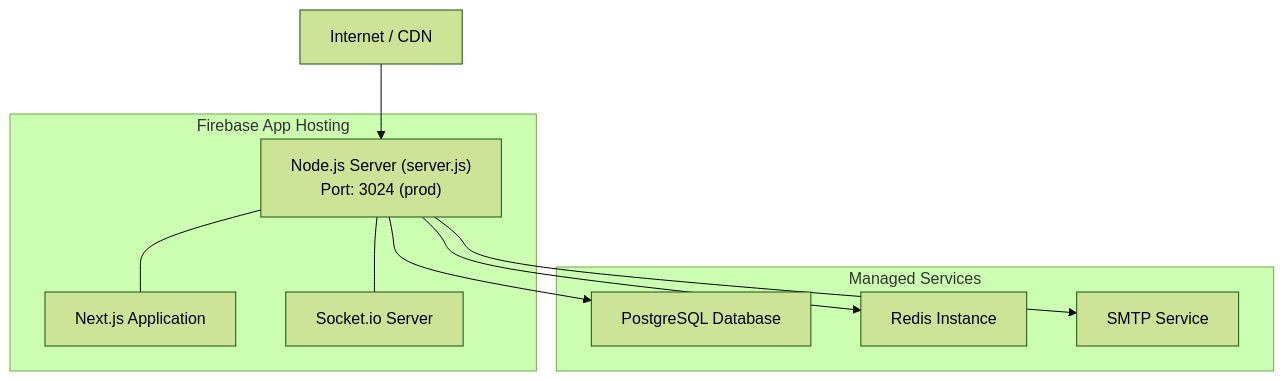
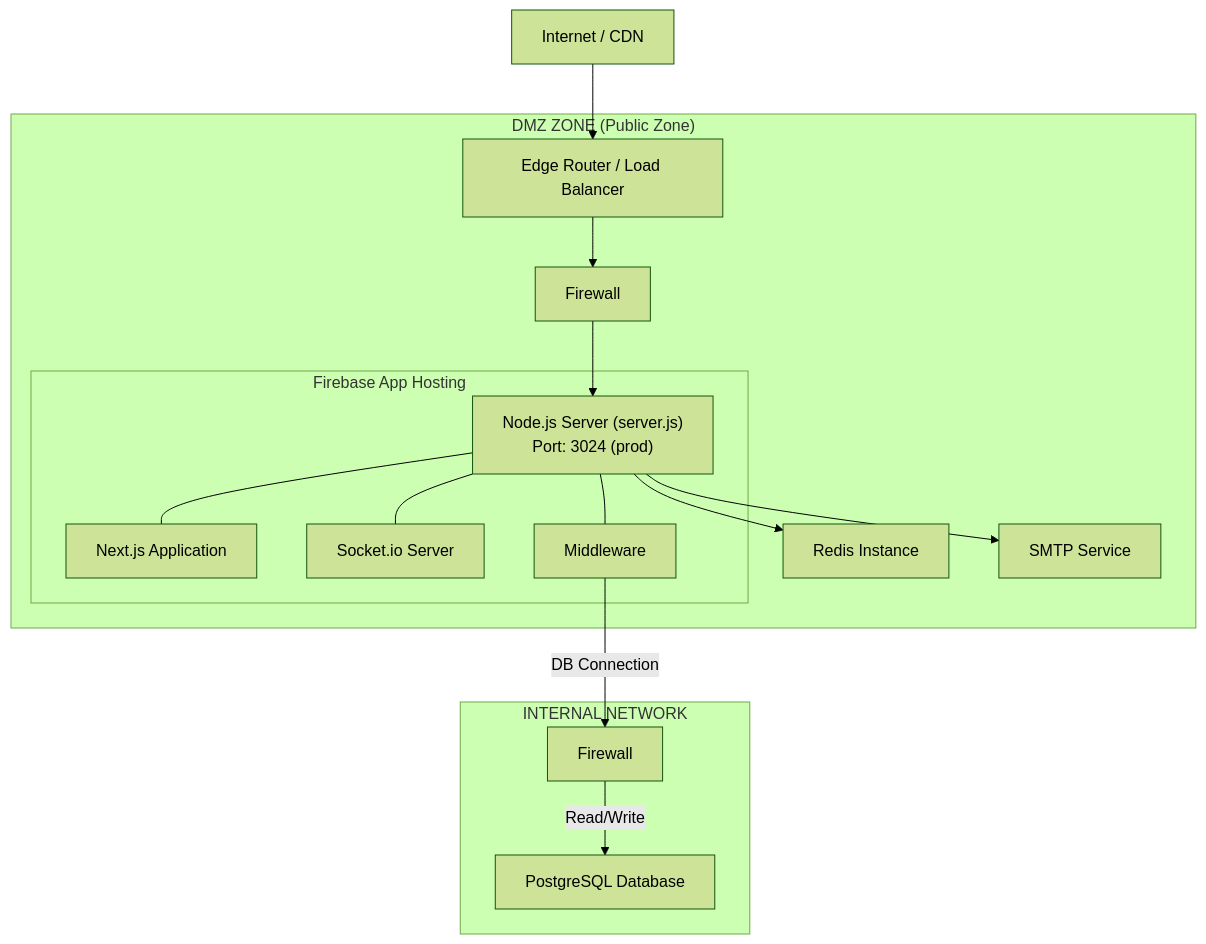
One commit to Tadelachewu/nibbotfinal changed the sixth of 8 diagrams in docs/SDD.md. Above: the diagram before and after it, drawn with Mermaid (forest theme). The commit also changed other lines of this file and 30 other files, not shown here.

````diff
--- a/docs/SDD.md
+++ b/docs/SDD.md
@@ -438,19 +493,32 @@
 ```mermaid
 graph TB
-    subgraph "Firebase App Hosting"
-        NS["Node.js Server (server.js)<br/>Port: 3024 (prod)"]
-        NS --- NEXTAPP["Next.js Application"]
-        NS --- SOCKETIO["Socket.io Server"]
-    end
+    INTERNET["Internet / CDN"]
 
-    subgraph "Managed Services"
-        PGDB["PostgreSQL Database"]
+    subgraph "DMZ ZONE (Public Zone)"
+        ELB["Edge Router / Load Balancer"]
+        FW1["Firewall"]
+
+        subgraph "Firebase App Hosting"
+            NS["Node.js Server (server.js)<br/>Port: 3024 (prod)"]
+            NS --- NEXTAPP["Next.js Application"]
+            NS --- SOCKETIO["Socket.io Server"]
+            NS --- MWR["Middleware"]
+        end
+
         REDIS["Redis Instance"]
         SMTPS["SMTP Service"]
     end
 
-    INTERNET["Internet / CDN"] --> NS
-    NS --> PGDB
+    subgraph "INTERNAL NETWORK"
+        FW2["Firewall"]
+        PGDB["PostgreSQL Database"]
+    end
+
+    INTERNET --> ELB
+    ELB --> FW1
+    FW1 --> NS
     NS --> REDIS
     NS --> SMTPS
+    MWR -->|"DB Connection"| FW2
+    FW2 -->|"Read/Write"| PGDB
 ```
````
